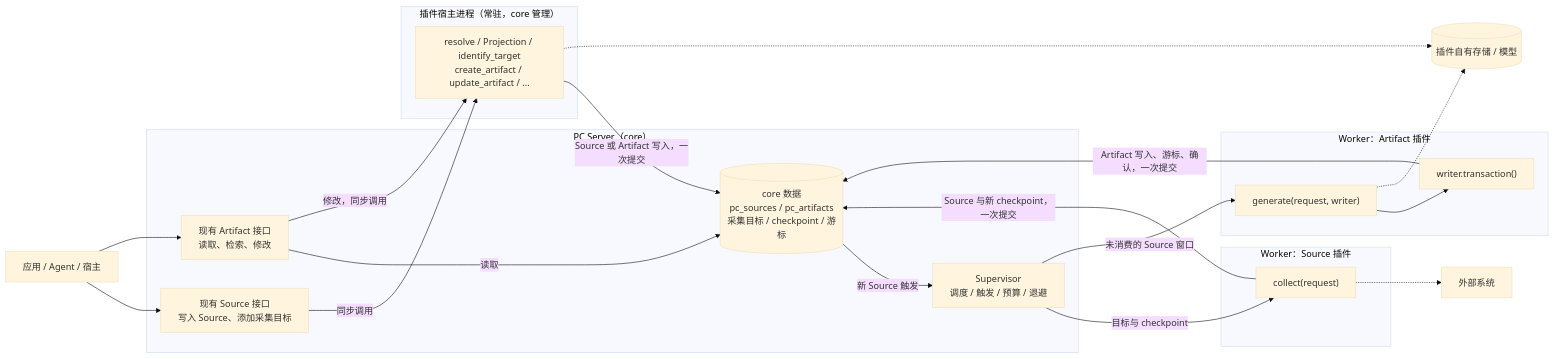
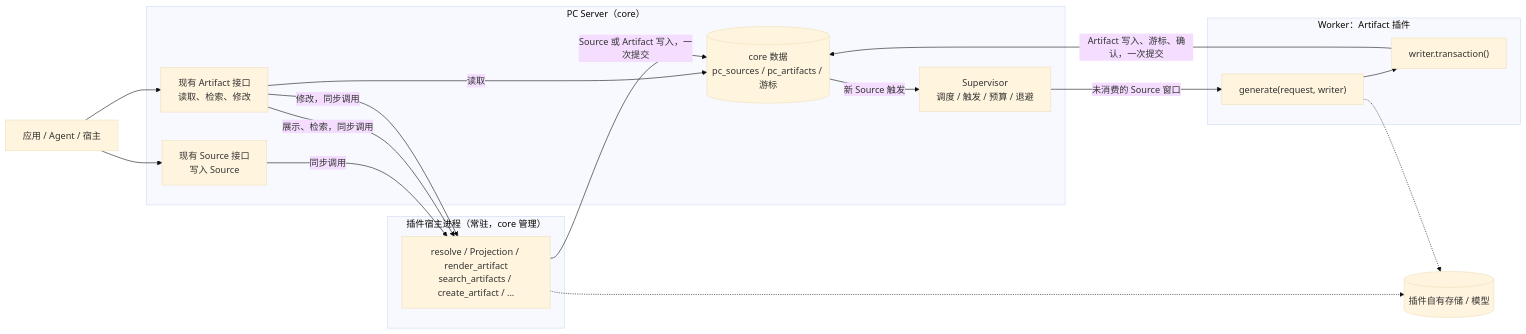
The diagram in docs/zh/rfcs/2549-plugin-interfaces.md (oceanbase/powercontext), drawn with Mermaid (base theme) before and after one commit. The commit also changed other lines of this file and 1 other file, not shown here.

First line of the commit message:
docs(rfc): keep the plugin interfaces RFC to Artifact plugins and their own Source types

````diff
--- a/docs/zh/rfcs/2549-plugin-interfaces.md
+++ b/docs/zh/rfcs/2549-plugin-interfaces.md
@@ -85,35 +83,30 @@
 ```mermaid
 flowchart LR
     Caller["应用 / Agent / 宿主"]
     subgraph Server["PC Server（core）"]
-        SourceAPI["现有 Source 接口<br/>写入 Source、添加采集目标"]
+        SourceAPI["现有 Source 接口<br/>写入 Source"]
         ArtifactAPI["现有 Artifact 接口<br/>读取、检索、修改"]
         Sup["Supervisor<br/>调度 / 触发 / 预算 / 退避"]
-        Core[("core 数据<br/>pc_sources / pc_artifacts<br/>采集目标 / checkpoint / 游标")]
+        Core[("core 数据<br/>pc_sources / pc_artifacts / 游标")]
     end
     subgraph Host["插件宿主进程（常驻，core 管理）"]
-        Sync["resolve / Projection / identify_target<br/>create_artifact / update_artifact / ..."]
-    end
-    subgraph SW["Worker：Source 插件"]
-        Collect["collect(request)"]
+        Sync["resolve / Projection / render_artifact<br/>search_artifacts / create_artifact / ..."]
     end
     subgraph AW["Worker：Artifact 插件"]
         Generate["generate(request, writer)"]
         Tx["writer.transaction()"]
         Generate --> Tx
     end
     Caller --> SourceAPI
     Caller --> ArtifactAPI
     SourceAPI -->|"同步调用"| Sync
     ArtifactAPI -->|"读取"| Core
+    ArtifactAPI -->|"展示、检索，同步调用"| Sync
     ArtifactAPI -->|"修改，同步调用"| Sync
     Sync -->|"Source 或 Artifact 写入，一次提交"| Core
     Sync -.-> Own
-    Sup -->|"目标与 checkpoint"| Collect
-    Collect -->|"Source 与新 checkpoint，一次提交"| Core
     Core -->|"新 Source 触发"| Sup
     Sup -->|"未消费的 Source 窗口"| Generate
     Tx -->|"Artifact 写入、游标、确认，一次提交"| Core
-    Collect -.-> Ext["外部系统"]
     Generate -.-> Own[("插件自有存储 / 模型")]
 ```
````
